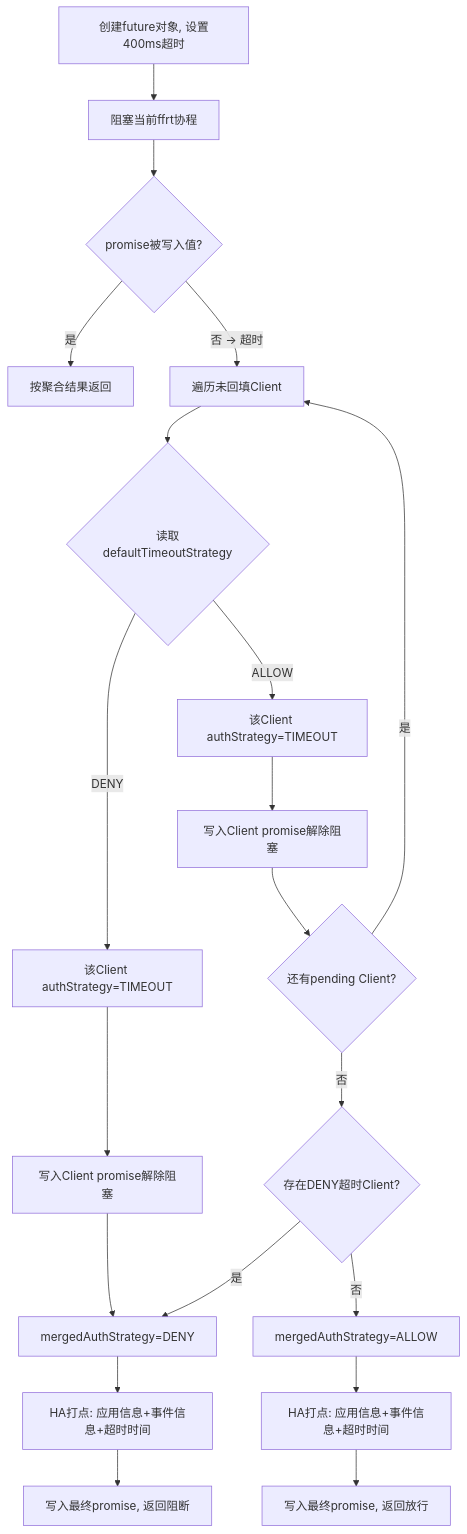
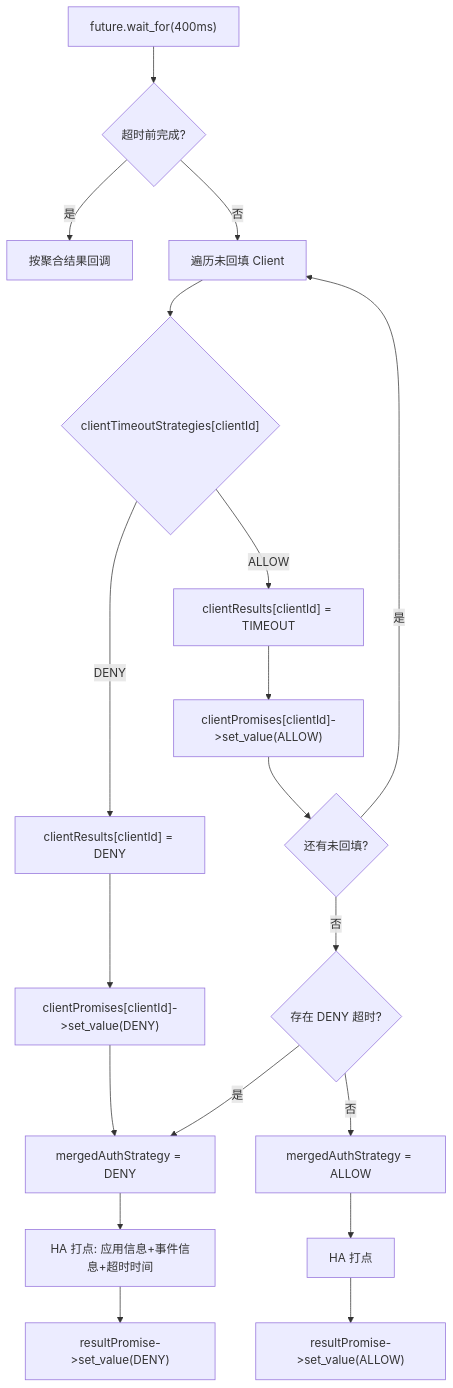
The sixth of 10 diagrams in .sdd/SR-20260806903302/design-doc.md (eclipse-oniro-mirrors/security_security_guard), drawn with Mermaid before and after one commit. The commit also changed other lines of this file and 50 other files, not shown here.

````diff
--- a/.sdd/SR-20260806903302/design-doc.md
+++ b/.sdd/SR-20260806903302/design-doc.md
@@ -273,24 +289,23 @@
 ```mermaid
 flowchart TD
-    A["创建future对象, 设置400ms超时"] --> B["阻塞当前ffrt协程"]
-    B --> C{"promise被写入值?"}
-    C -- 是 --> D["按聚合结果返回"]
-    C -- 否 → 超时 --> E["遍历未回填Client"]
+    A["future.wait_for(400ms)"] --> B{"超时前完成?"}
+    B -- 是 --> C["按聚合结果回调"]
+    B -- 否 --> D["遍历未回填 Client"]
 
-    E --> F{"读取defaultTimeoutStrategy"}
-    F -- DENY --> G["该Client authStrategy=TIMEOUT"]
-    G --> H["写入Client promise解除阻塞"]
-    H --> I["mergedAuthStrategy=DENY"]
-    I --> J["HA打点: 应用信息+事件信息+超时时间"]
-    J --> K["写入最终promise, 返回阻断"]
+    D --> E{"clientTimeoutStrategies[clientId]"}
+    E -- DENY --> F["clientResults[clientId] = DENY"]
+    F --> G["clientPromises[clientId]->set_value(DENY)"]
+    G --> H["mergedAuthStrategy = DENY"]
+    H --> I["HA 打点: 应用信息+事件信息+超时时间"]
+    I --> J["resultPromise->set_value(DENY)"]
 
-    F -- ALLOW --> L["该Client authStrategy=TIMEOUT"]
-    L --> M["写入Client promise解除阻塞"]
-    M --> N{"还有pending Client?"}
-    N -- 是 --> E
-    N -- 否 --> O{"存在DENY超时Client?"}
-    O -- 是 --> I
-    O -- 否 --> P["mergedAuthStrategy=ALLOW"]
-    P --> Q["HA打点: 应用信息+事件信息+超时时间"]
-    Q --> R["写入最终promise, 返回放行"]
+    E -- ALLOW --> K["clientResults[clientId] = TIMEOUT"]
+    K --> L["clientPromises[clientId]->set_value(ALLOW)"]
+    L --> M{"还有未回填?"}
+    M -- 是 --> D
+    M -- 否 --> N{"存在 DENY 超时?"}
+    N -- 是 --> H
+    N -- 否 --> O["mergedAuthStrategy = ALLOW"]
+    O --> P["HA 打点"]
+    P --> Q["resultPromise->set_value(ALLOW)"]
 ```
````
